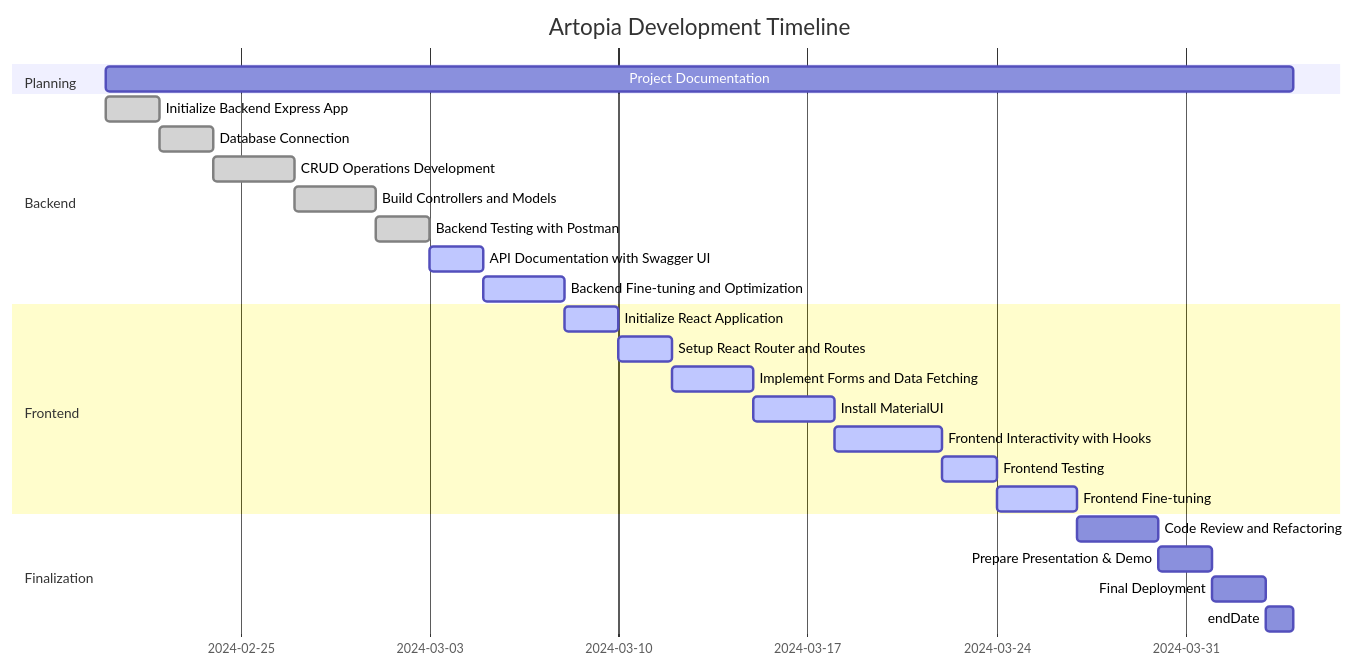
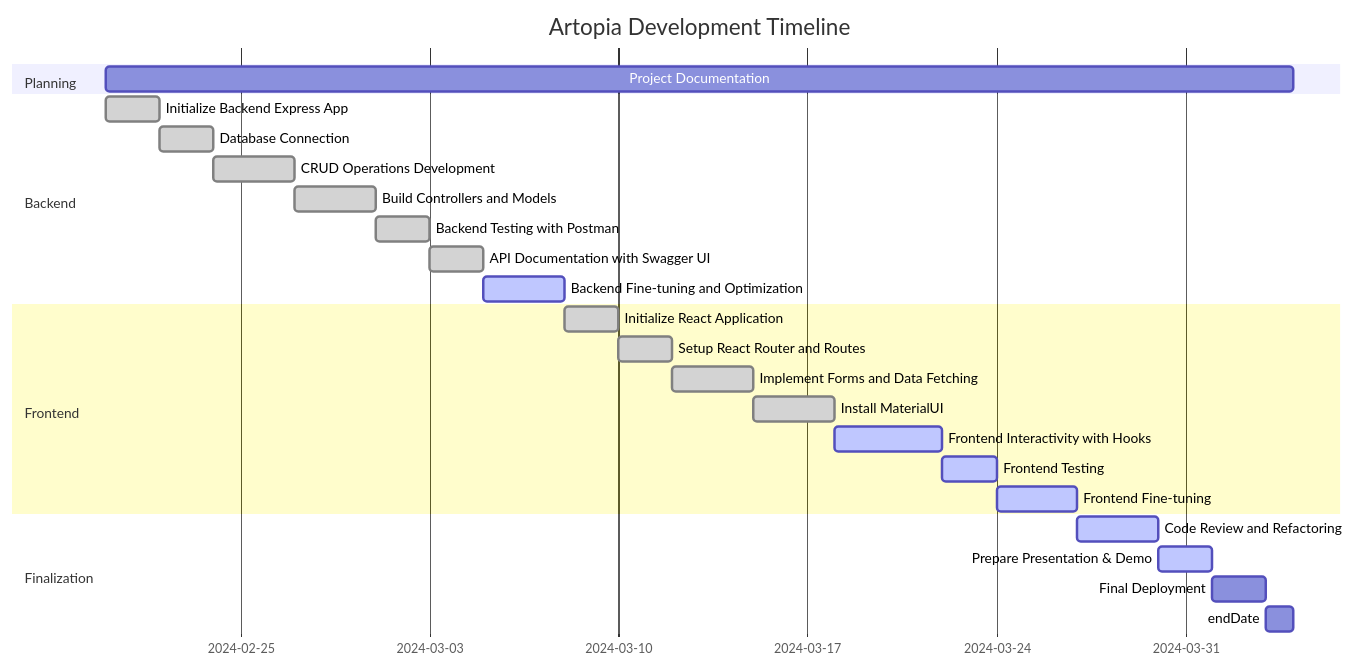
One commit to institutedata/capstone-SimianPrimus changed the diagram in Documents/Chart/gantt.md. Above: the diagram before and after it, drawn with Mermaid. The commit also changed 45 other files, not shown here.

````diff
--- a/Documents/Chart/gantt.md
+++ b/Documents/Chart/gantt.md
@@ -1,33 +1,33 @@
 ```mermaid
     gantt 
     dateFormat  YYYY-MM-DD
     title Artopia Development Timeline
 
     section Planning                    
     Project Documentation               :doc1, 2024-02-20, 2024-04-04
 
     section Backend
     Initialize Backend Express App      :done,    b1, 2024-02-20, 2d
     Database Connection                 :done,    b2, after b1, 2d
     CRUD Operations Development         :done,    b3, after b2, 3d
     Build Controllers and Models        :done,    b4, after b3, 3d
     Backend Testing with Postman        :done,    b5, after b4, 2d
-    API Documentation with Swagger UI   :active,  b6, after b5, 2d
+    API Documentation with Swagger UI   :done,    b6, after b5, 2d
     Backend Fine-tuning and Optimization:active,  b7, after b6, 3d
 
     section Frontend
-    Initialize React Application        :active,  f1, after b7, 2d
-    Setup React Router and Routes       :active,  f2, after f1, 2d
-    Implement Forms and Data Fetching   :active,  f3, after f2, 3d
-    Install MaterialUI                  :active,  f4, after f3, 3d
+    Initialize React Application        :done,    f1, after b7, 2d
+    Setup React Router and Routes       :done,    f2, after f1, 2d
+    Implement Forms and Data Fetching   :done,    f3, after f2, 3d
+    Install MaterialUI                  :done,    f4, after f3, 3d
     Frontend Interactivity with Hooks   :active,  f5, after f4, 4d
     Frontend Testing                    :active,  f6, after f5, 2d
     Frontend Fine-tuning                :active,  f7, after f6, 3d
 
     section Finalization
-    Code Review and Refactoring         :         cr, after f7, 3d
-    Prepare Presentation & Demo         :         pd, after cr, 2d
+    Code Review and Refactoring         :active,  cr, after f7, 3d
+    Prepare Presentation & Demo         :active,  pd, after cr, 2d
     Final Deployment                    :         fd, after pd, 2d
 
     endDate                             :         2024-04-04
 ```
````
